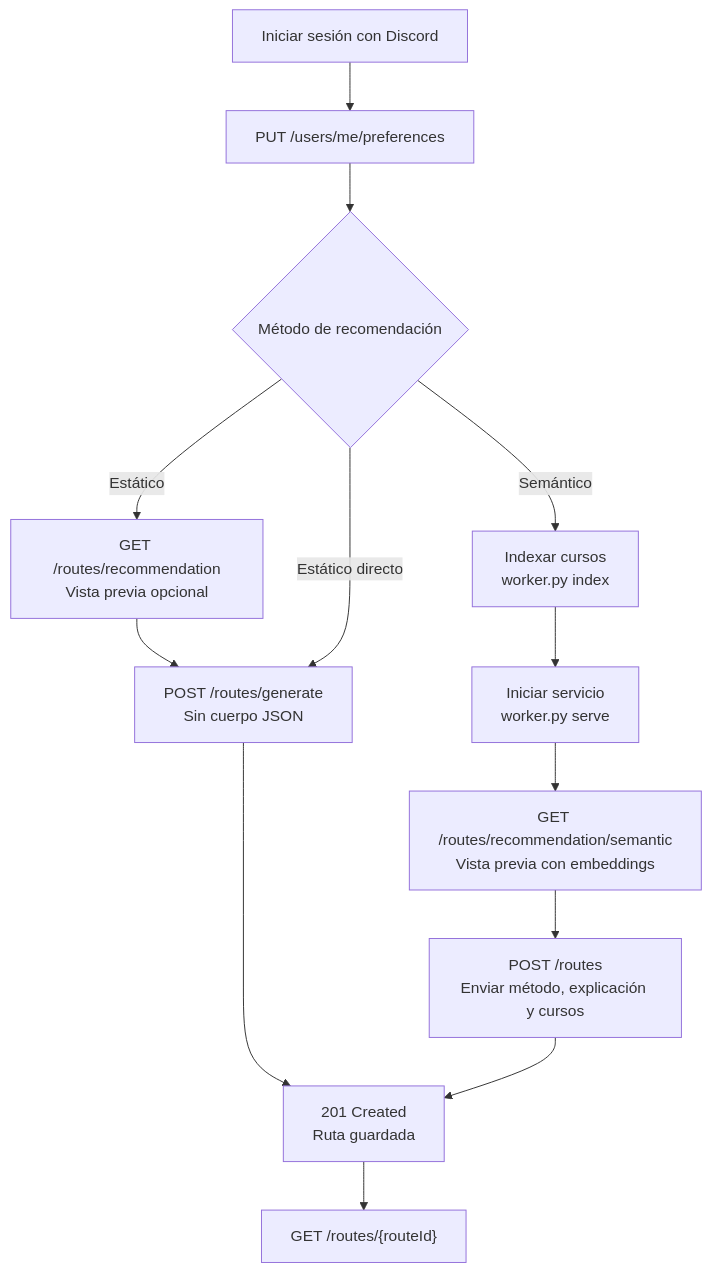
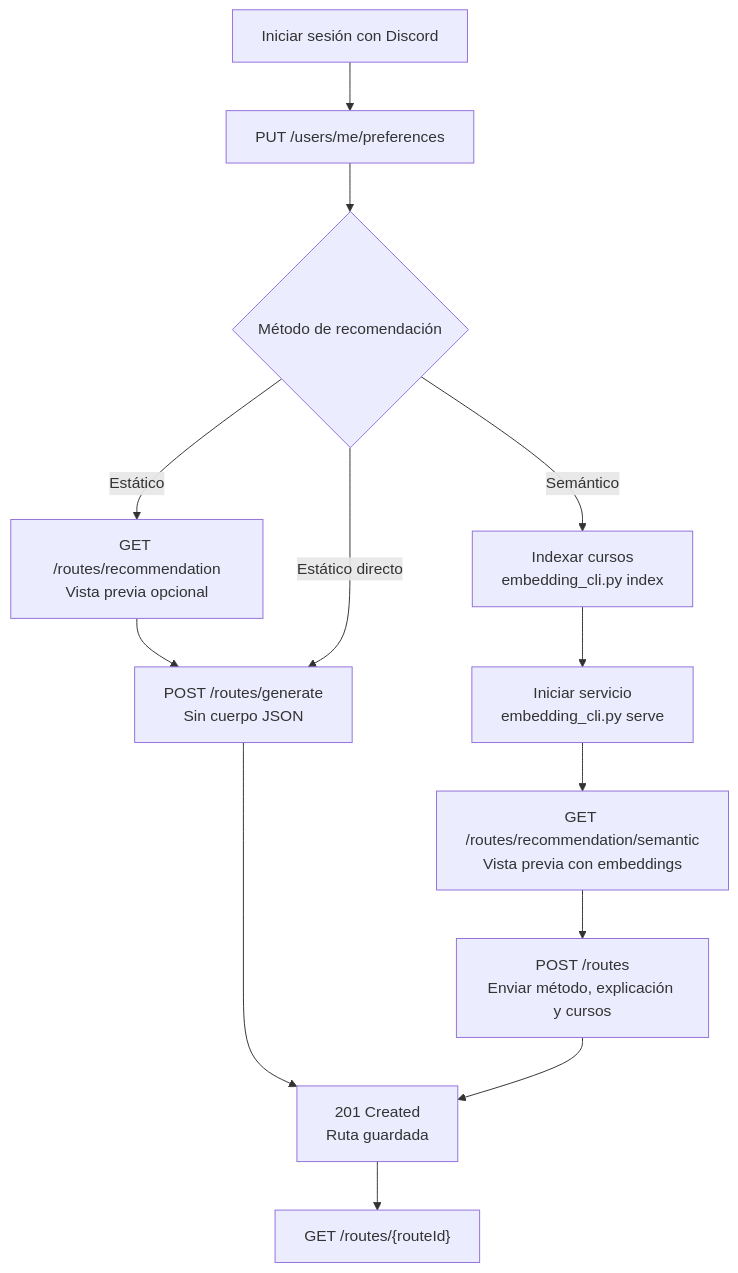
The diagram in backend/README.md (optarys-dev/learning-path), drawn with Mermaid before and after one commit. The commit also changed other lines of this file and 11 other files, not shown here.

````diff
--- a/backend/README.md
+++ b/backend/README.md
@@ -46,15 +51,15 @@
 ```mermaid
 flowchart TD
     A["Iniciar sesión con Discord"] --> B["PUT /users/me/preferences"]
     B --> C{"Método de recomendación"}
     C -->|Estático| D["GET /routes/recommendation<br/>Vista previa opcional"]
     D --> E["POST /routes/generate<br/>Sin cuerpo JSON"]
     C -->|Estático directo| E
-    C -->|Semántico| F["Indexar cursos<br/>worker.py index"]
-    F --> G["Iniciar servicio<br/>worker.py serve"]
+    C -->|Semántico| F["Indexar cursos<br/>embedding_cli.py index"]
+    F --> G["Iniciar servicio<br/>embedding_cli.py serve"]
     G --> H["GET /routes/recommendation/semantic<br/>Vista previa con embeddings"]
     H --> I["POST /routes<br/>Enviar método, explicación y cursos"]
     E --> J["201 Created<br/>Ruta guardada"]
     I --> J
     J --> K["GET /routes/{routeId}"]
 ```
````
